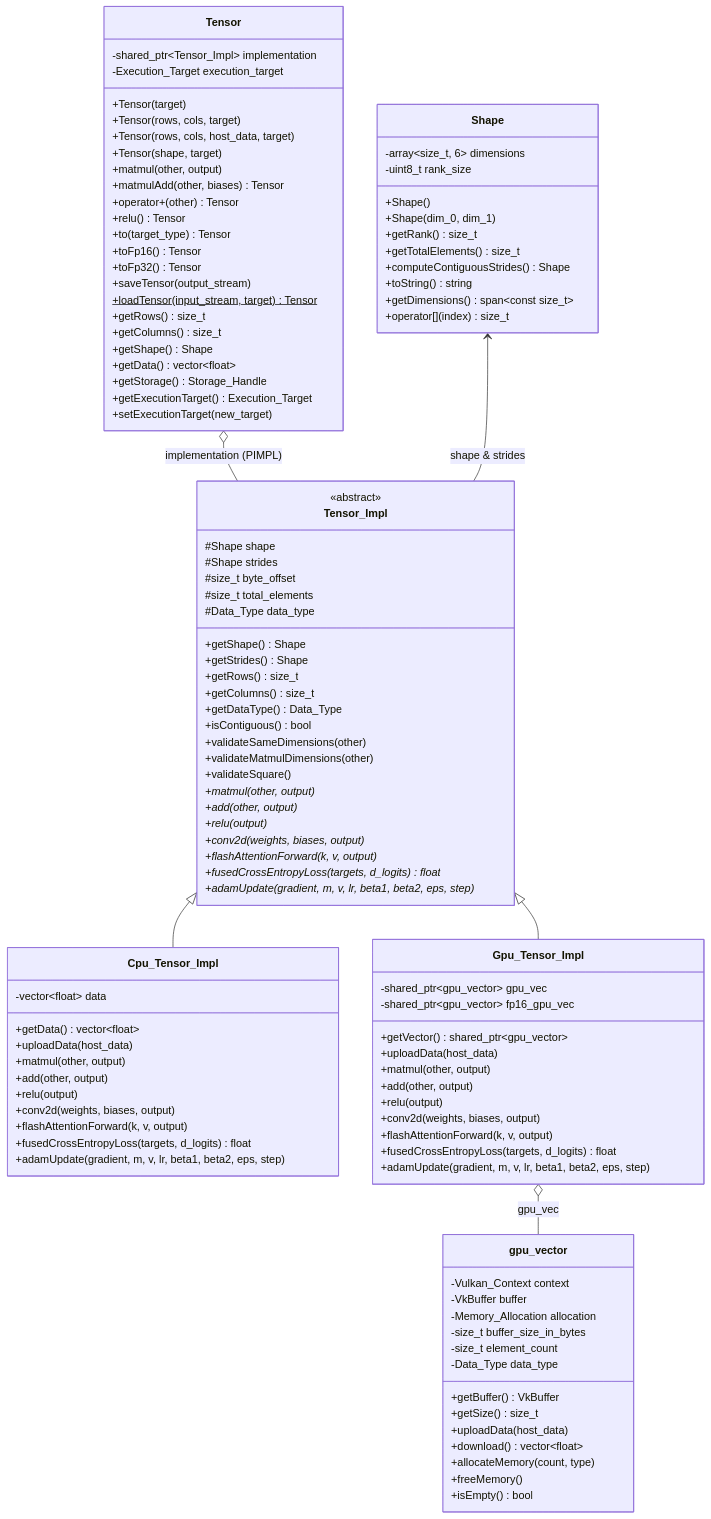
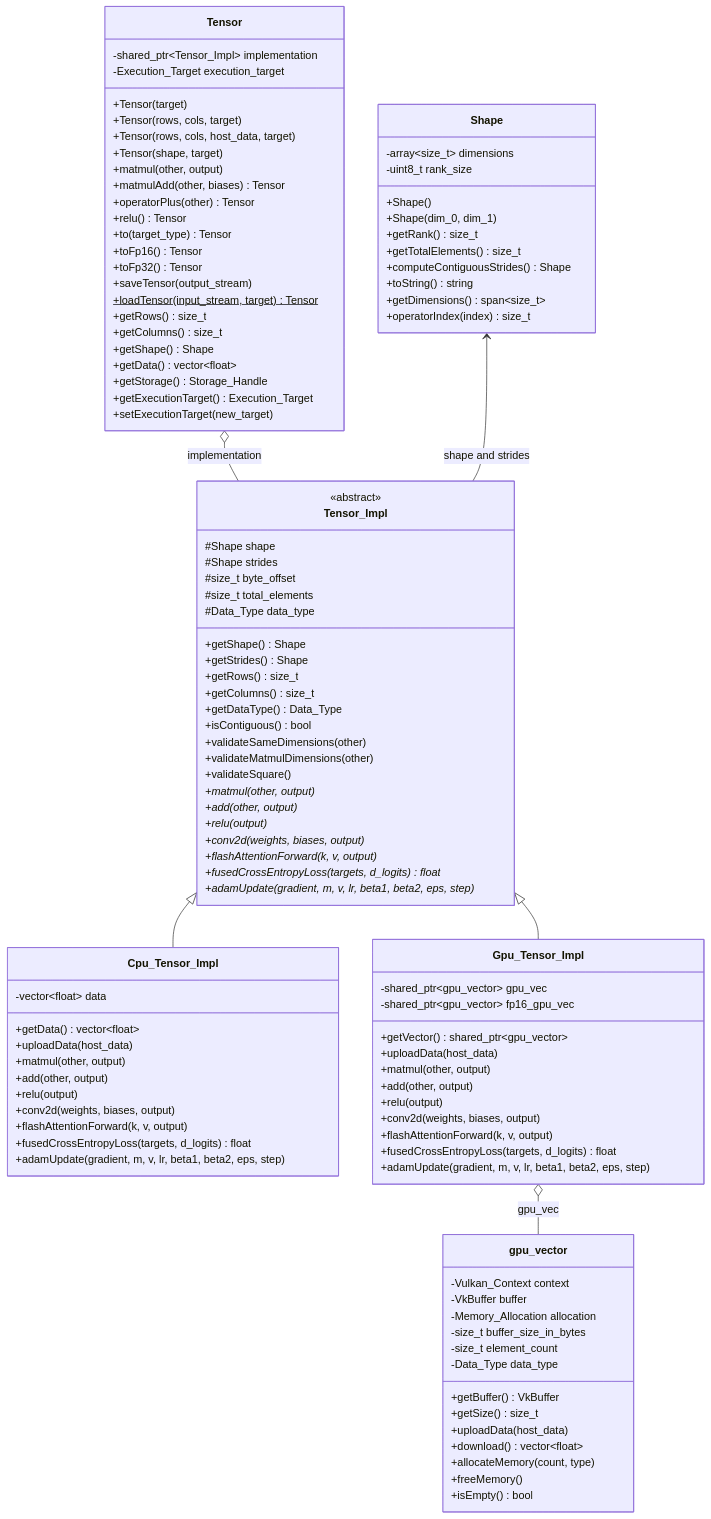
One commit to HungVQ1991/VulkanML changed the second of 11 diagrams in architechture.md. Above: the diagram before and after it, drawn with Mermaid. The commit also changed other lines of this file, not shown here.

````diff
--- a/architechture.md
+++ b/architechture.md
@@ -90,7 +90,7 @@
 ```mermaid
 classDiagram
     class Shape {
-        -array~size_t, 6~ dimensions
+        -array~size_t~ dimensions
         -uint8_t rank_size
         +Shape()
         +Shape(dim_0, dim_1)
@@ -98,8 +98,8 @@
         +getTotalElements() size_t
         +computeContiguousStrides() Shape
         +toString() string
-        +getDimensions() span~const size_t~
-        +operator[](index) size_t
+        +getDimensions() span~size_t~
+        +operatorIndex(index) size_t
     }
 
     class Tensor_Impl {
@@ -163,7 +163,7 @@
         +Tensor(shape, target)
         +matmul(other, output)
         +matmulAdd(other, biases) Tensor
-        +operator+(other) Tensor
+        +operatorPlus(other) Tensor
         +relu() Tensor
         +to(target_type) Tensor
         +toFp16() Tensor
@@ -197,7 +197,7 @@
 
     Tensor_Impl <|-- Cpu_Tensor_Impl
     Tensor_Impl <|-- Gpu_Tensor_Impl
-    Tensor o-- Tensor_Impl : implementation (PIMPL)
+    Tensor o-- Tensor_Impl : implementation
     Gpu_Tensor_Impl o-- gpu_vector : gpu_vec
-    Shape <-- Tensor_Impl : shape & strides
+    Shape <-- Tensor_Impl : shape and strides
 ```
````
